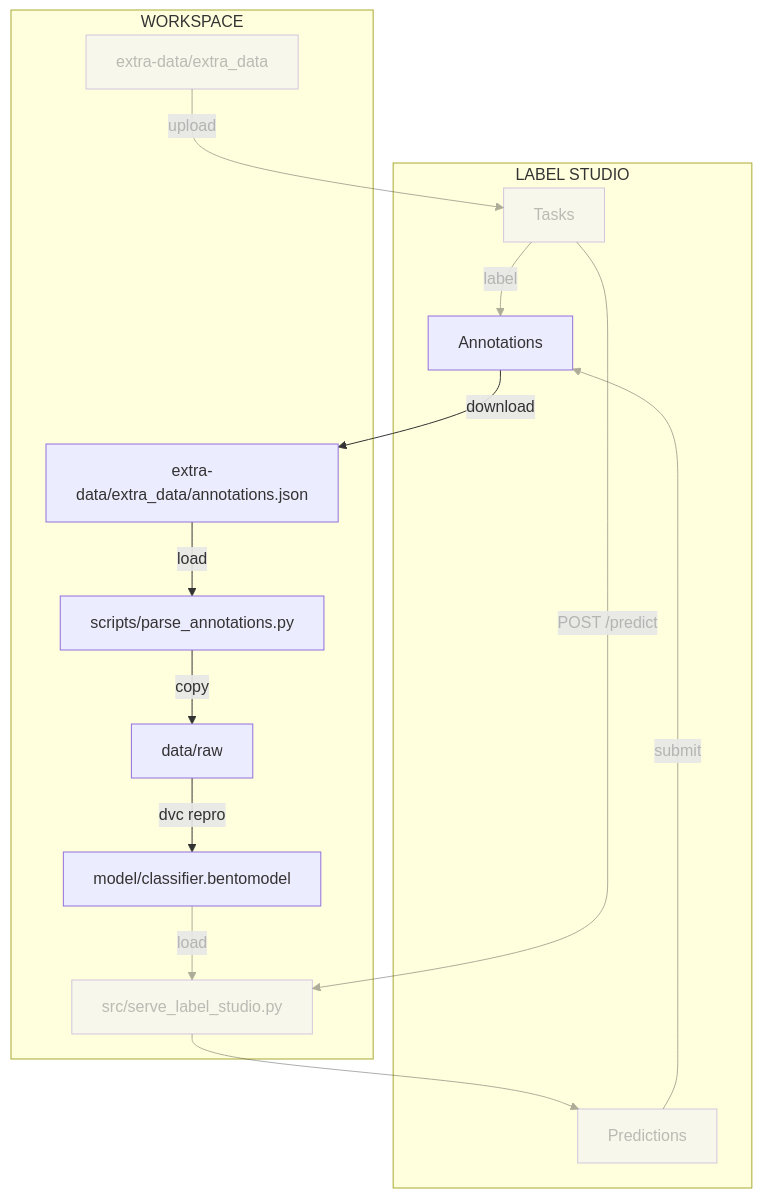
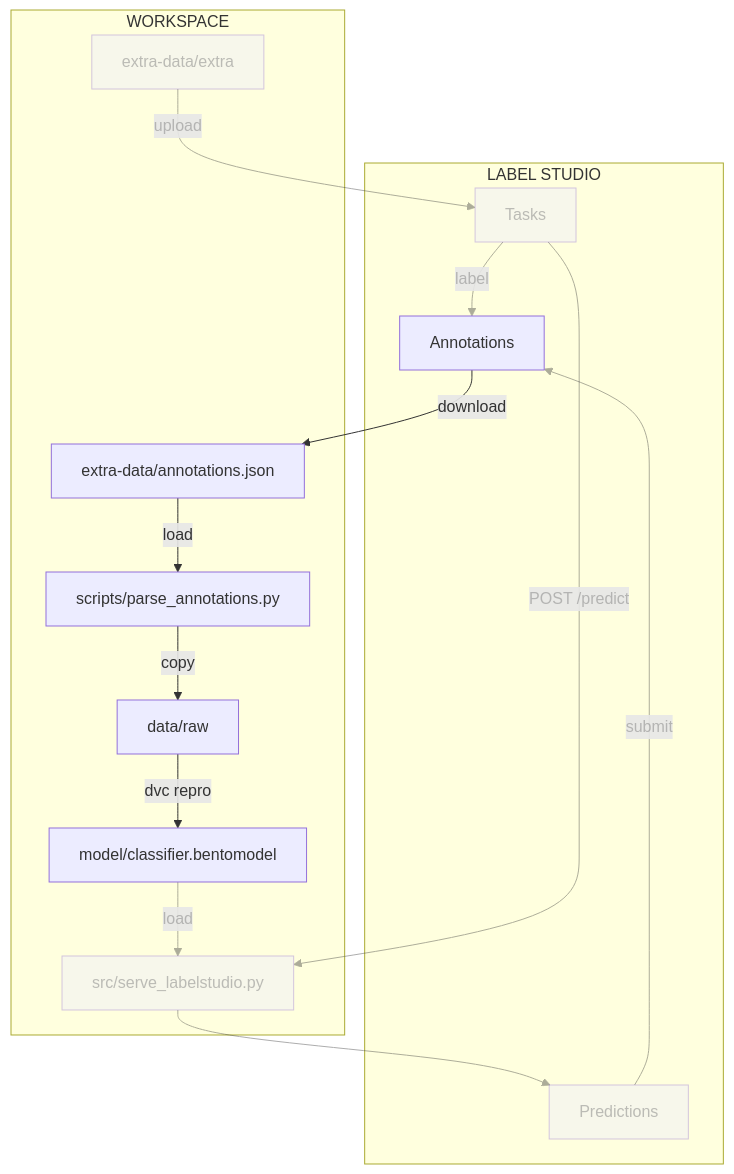
The diagram in docs/part-5-label-data-and-retrain/chapter-54-retrain-the-model-from-new-data-with-dvc.md (swiss-ai-center/a-guide-to-mlops), drawn with Mermaid before and after one commit. The commit also changed other lines of this file and 21 other files, not shown here.

````diff
--- a/docs/part-5-label-data-and-retrain/chapter-54-retrain-the-model-from-new-data-with-dvc.md
+++ b/docs/part-5-label-data-and-retrain/chapter-54-retrain-the-model-from-new-data-with-dvc.md
@@ -13,39 +13,39 @@
 ```mermaid
 flowchart TB
-    extra_data -->|upload| labelStudioTasks
+    extra -->|upload| labelStudioTasks
     labelStudioTasks -->|label| labelStudioAnnotations
     bento_model -->|load| fastapi
     labelStudioTasks -->|POST /predict| fastapi
     fastapi --> labelStudioPredictions
     labelStudioPredictions -->|submit| labelStudioAnnotations
-    labelStudioAnnotations -->|download| extra_data_annotations
-    extra_data_annotations --> |load| parse_annotations
+    labelStudioAnnotations -->|download| extra_annotations
+    extra_annotations -->|load| parse_annotations
     parse_annotations -->|copy| data_raw
     data_raw -->|dvc repro| bento_model
 
     subgraph workspaceGraph[WORKSPACE]
-        extra_data[extra-data/extra_data]
-        extra_data_annotations[extra-data/extra_data/annotations.json]
+        extra[extra-data/extra]
+        extra_annotations[extra-data/annotations.json]
         bento_model[model/classifier.bentomodel]
-        fastapi[src/serve_label_studio.py]
+        fastapi[src/serve_labelstudio.py]
         parse_annotations[scripts/parse_annotations.py]
         data_raw[data/raw]
     end
 
     subgraph labelStudioGraph[LABEL STUDIO]
         labelStudioTasks[Tasks]
         labelStudioAnnotations[Annotations]
         labelStudioPredictions[Predictions]
     end
 
-    style extra_data opacity:0.4,color:#7f7f7f80
+    style extra opacity:0.4,color:#7f7f7f80
     style labelStudioTasks opacity:0.4,color:#7f7f7f80
     style fastapi opacity:0.4,color:#7f7f7f80
     style labelStudioPredictions opacity:0.4,color:#7f7f7f80
     linkStyle 0 opacity:0.4,color:#7f7f7f80
     linkStyle 1 opacity:0.4,color:#7f7f7f80
     linkStyle 2 opacity:0.4,color:#7f7f7f80
     linkStyle 3 opacity:0.4,color:#7f7f7f80
     linkStyle 4 opacity:0.4,color:#7f7f7f80
     linkStyle 5 opacity:0.4,color:#7f7f7f80
 ```
````
